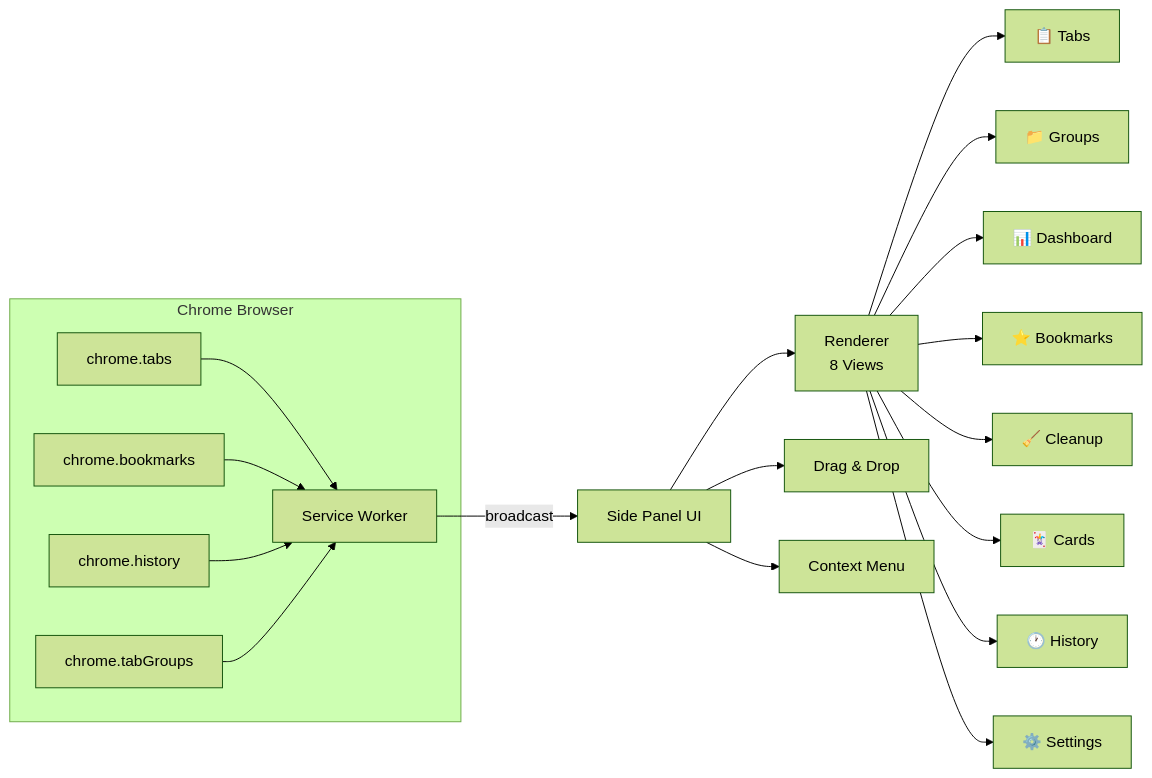
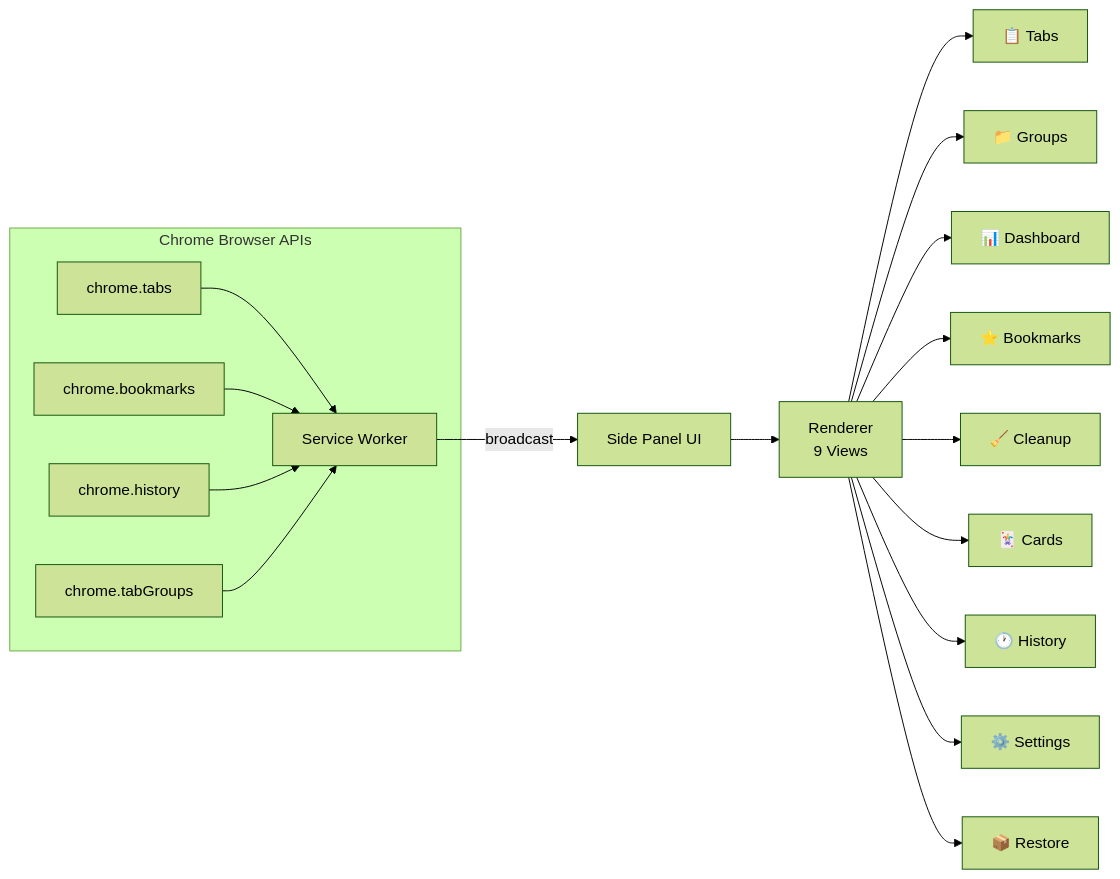
One commit to Reasonofmoon/tabflow changed the diagram in README.md. Above: the diagram before and after it, drawn with Mermaid (forest theme). The commit also changed other lines of this file and 14 other files, not shown here.

````diff
--- a/README.md
+++ b/README.md
@@ -45,21 +65,20 @@
 ```mermaid
 graph LR
-    subgraph "Chrome Browser"
+    subgraph "Chrome Browser APIs"
         A["chrome.tabs"] --> SW["Service Worker"]
         B["chrome.bookmarks"] --> SW
         C["chrome.history"] --> SW
         D["chrome.tabGroups"] --> SW
     end
     SW -->|"broadcast"| SP["Side Panel UI"]
-    SP --> R["Renderer<br/>8 Views"]
-    SP --> DD["Drag & Drop"]
-    SP --> CM["Context Menu"]
+    SP --> R["Renderer<br/>9 Views"]
     R --> V1["📋 Tabs"]
     R --> V2["📁 Groups"]
     R --> V3["📊 Dashboard"]
     R --> V4["⭐ Bookmarks"]
     R --> V5["🧹 Cleanup"]
     R --> V6["🃏 Cards"]
     R --> V7["🕐 History"]
     R --> V8["⚙️ Settings"]
+    R --> V9["📦 Restore"]
 ```
````
